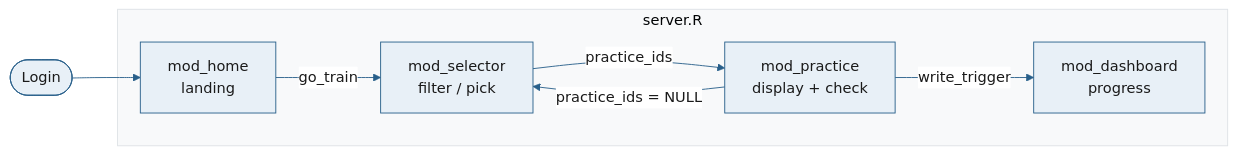
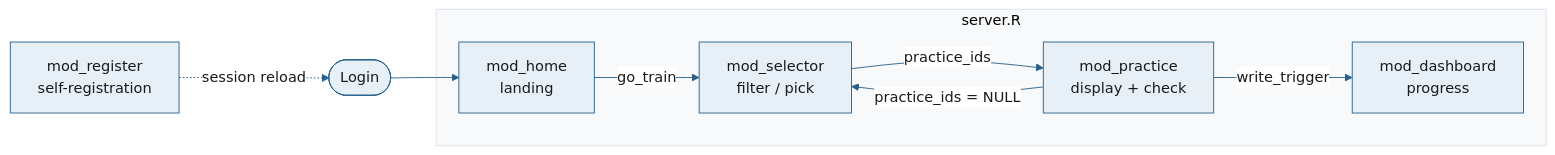
One commit to jlschnatz/shinytigeR changed the diagram in CLAUDE.md. Above: the diagram before and after it, drawn with Mermaid. The commit also changed other lines of this file, not shown here.

Commit message:
Document mod_register.R, testthat suite, and other pre-existing doc gaps

````diff
--- a/CLAUDE.md
+++ b/CLAUDE.md
@@ -101,17 +138,18 @@
 ```mermaid
 %%{init: {'theme': 'base', 'themeVariables': {'primaryColor': '#e8f0f7', 'primaryBorderColor': '#285f8a', 'primaryTextColor': '#1a1a1a', 'lineColor': '#285f8a', 'edgeLabelBackground': '#ffffff', 'clusterBkg': '#f8f9fa', 'clusterBorder': '#dee2e6'}}}%%
 flowchart LR
     auth([Login]) --> home
+    reg[mod_register\nself-registration] -.->|session reload| auth
 
     subgraph server.R
         home[mod_home\nlanding]
         sel[mod_selector\nfilter / pick]
         prac[mod_practice\ndisplay + check]
         dash[mod_dashboard\nprogress]
     end
 
     home -->|go_train| sel
     sel  -->|practice_ids| prac
     prac -->|write_trigger| dash
     prac -->|practice_ids = NULL| sel
 ```
````
